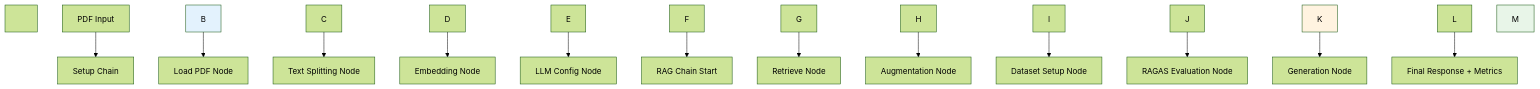
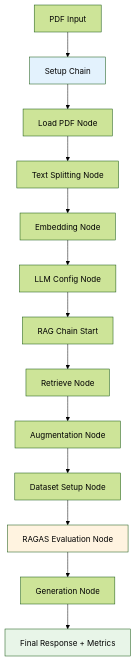
The sixth of 6 diagrams in README.MD (dhruvsh1997/AdvanceRAG-Concepts-Langchain), drawn with Mermaid (forest theme) before and after one commit. The commit also changed other lines of this file, not shown here.

````diff
--- a/README.MD
+++ b/README.MD
@@ -433,37 +220,19 @@
 ```mermaid
-
 graph TD
-
-&nbsp;   A\[PDF Input] --> B\[Setup Chain]
-
-&nbsp;   B --> C\[Load PDF Node]
-
-&nbsp;   C --> D\[Text Splitting Node]
-
-&nbsp;   D --> E\[Embedding Node]
-
-&nbsp;   E --> F\[LLM Config Node]
-
-&nbsp;   F --> G\[RAG Chain Start]
-
-&nbsp;   G --> H\[Retrieve Node]
-
-&nbsp;   H --> I\[Augmentation Node]
-
-&nbsp;   I --> J\[Dataset Setup Node]
-
-&nbsp;   J --> K\[RAGAS Evaluation Node]
-
-&nbsp;   K --> L\[Generation Node]
-
-&nbsp;   L --> M\[Final Response + Metrics]
-
-&nbsp;   
-
-&nbsp;   style B fill:#e3f2fd
-
-&nbsp;   style K fill:#fff3e0
-
-&nbsp;   style M fill:#e8f5e8
-
+    A[PDF Input] --> B[Setup Chain]
+    B --> C[Load PDF Node]
+    C --> D[Text Splitting Node]
+    D --> E[Embedding Node]
+    E --> F[LLM Config Node]
+    F --> G[RAG Chain Start]
+    G --> H[Retrieve Node]
+    H --> I[Augmentation Node]
+    I --> J[Dataset Setup Node]
+    J --> K[RAGAS Evaluation Node]
+    K --> L[Generation Node]
+    L --> M[Final Response + Metrics]
+    
+    style B fill:#e3f2fd
+    style K fill:#fff3e0
+    style M fill:#e8f5e8
 ```
````
